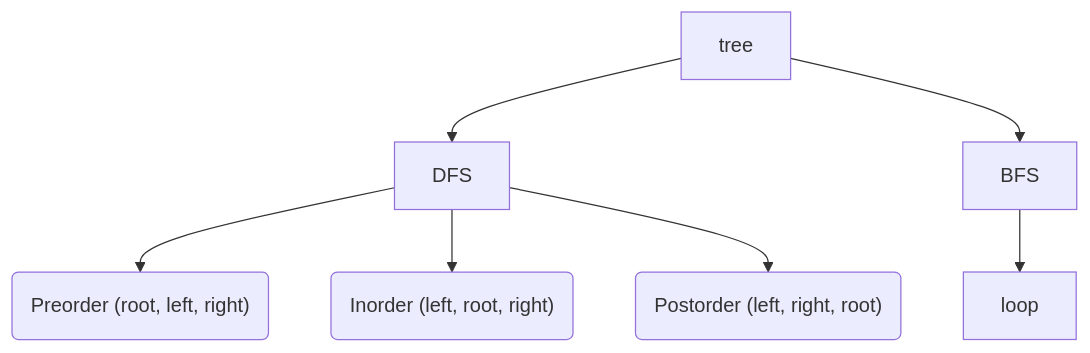
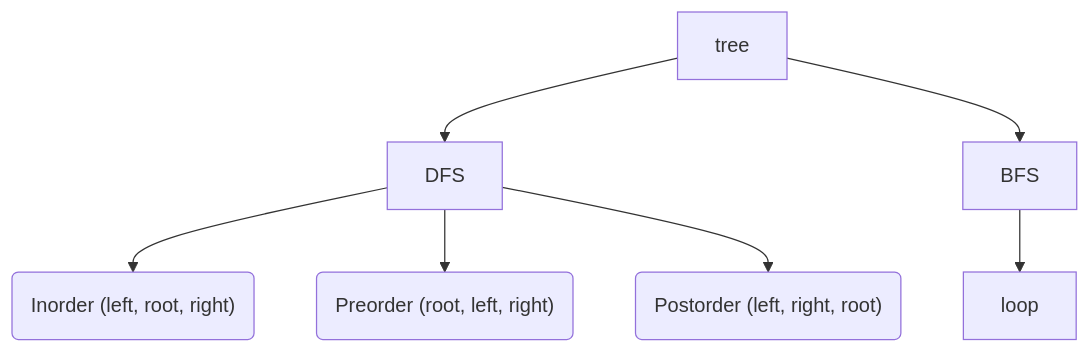
Before and after one commit to chengr4/my-data-structures: the diagram in tree/README.md, drawn with Mermaid. The commit also changed other lines of this file and 14 other files, not shown here.

````diff
--- a/tree/README.md
+++ b/tree/README.md
@@ -3,9 +3,9 @@
 ```mermaid
 flowchart TD
   tree --> DFS
   tree --> BFS
+  DFS --> inorder("Inorder (left, root, right)")
   DFS --> preorder("Preorder (root, left, right)")
-  DFS --> inorder("Inorder (left, root, right)")
   DFS --> postorder("Postorder (left, right, root)")
   BFS --> loop
 ```
````
